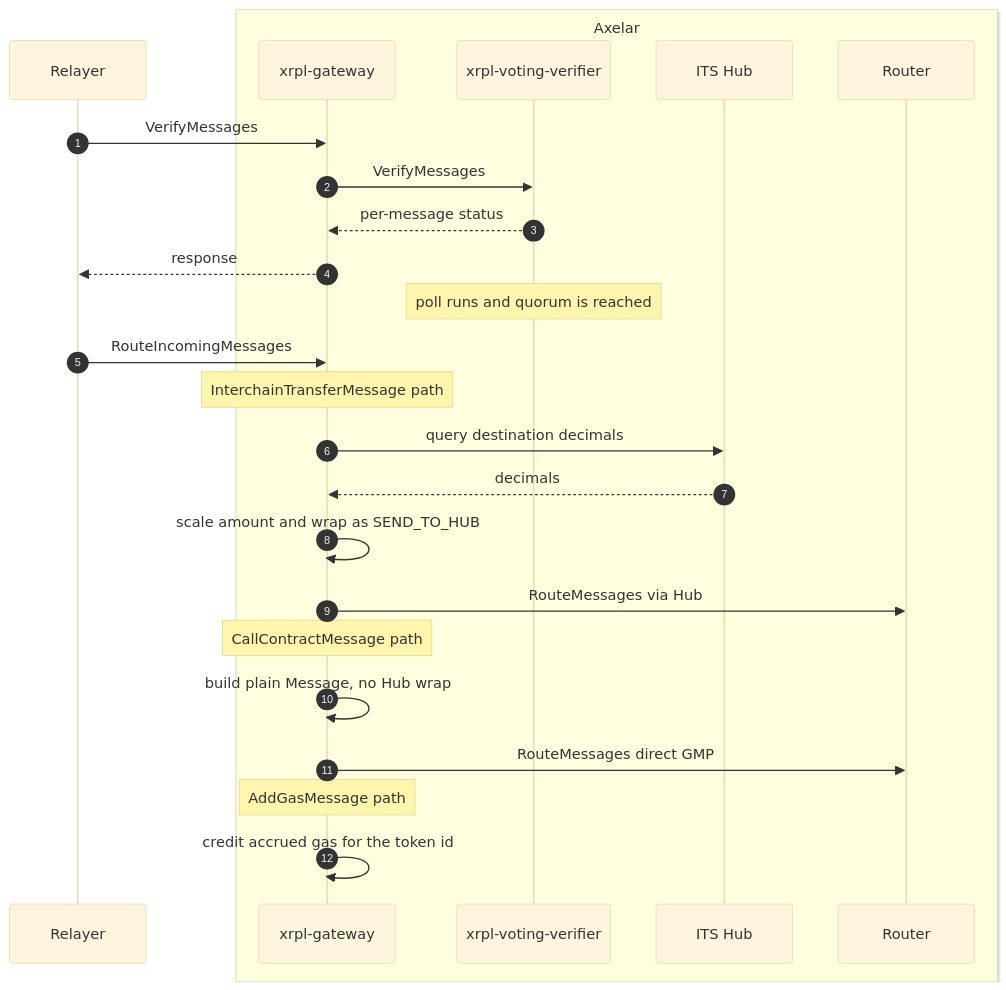
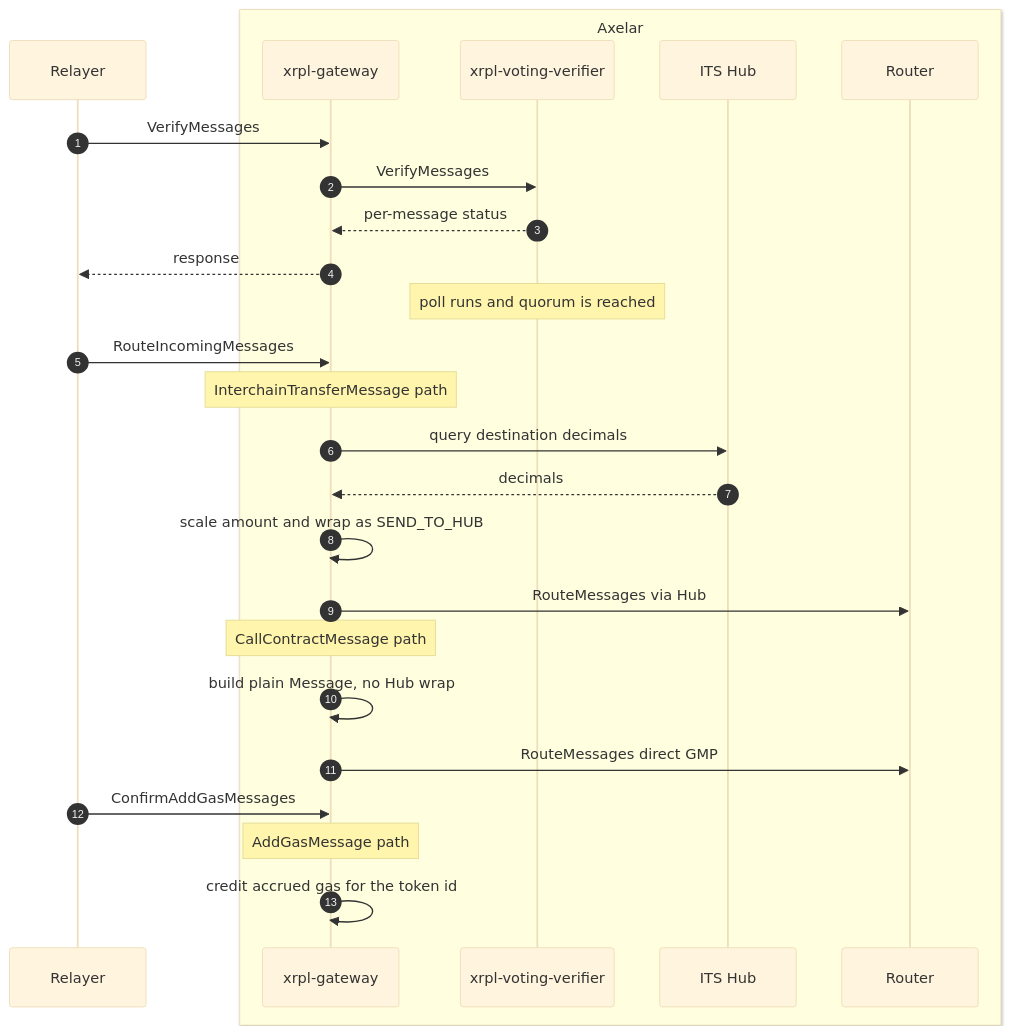
Before and after one commit to axelarnetwork/axelar-amplifier-xrpl: the first of 2 diagrams in doc/src/contracts/xrpl_gateway.md, drawn with Mermaid (base theme). The commit also changed other lines of this file and 6 other files, not shown here.

````diff
--- a/doc/src/contracts/xrpl_gateway.md
+++ b/doc/src/contracts/xrpl_gateway.md
@@ -156,28 +132,29 @@
 ```mermaid
 sequenceDiagram
 autonumber
 participant Relayer
 box LightYellow Axelar
 participant XGW as xrpl-gateway
 participant XVV as xrpl-voting-verifier
 participant Hub as ITS Hub
 participant Router
 end
 
 Relayer->>XGW: VerifyMessages
 XGW->>XVV: VerifyMessages
 XVV-->>XGW: per-message status
 XGW-->>Relayer: response
 Note over XVV: poll runs and quorum is reached
 Relayer->>XGW: RouteIncomingMessages
 Note over XGW: InterchainTransferMessage path
 XGW->>Hub: query destination decimals
 Hub-->>XGW: decimals
 XGW->>XGW: scale amount and wrap as SEND_TO_HUB
 XGW->>Router: RouteMessages via Hub
 Note over XGW: CallContractMessage path
 XGW->>XGW: build plain Message, no Hub wrap
 XGW->>Router: RouteMessages direct GMP
+Relayer->>XGW: ConfirmAddGasMessages
 Note over XGW: AddGasMessage path
 XGW->>XGW: credit accrued gas for the token id
 ```
````
